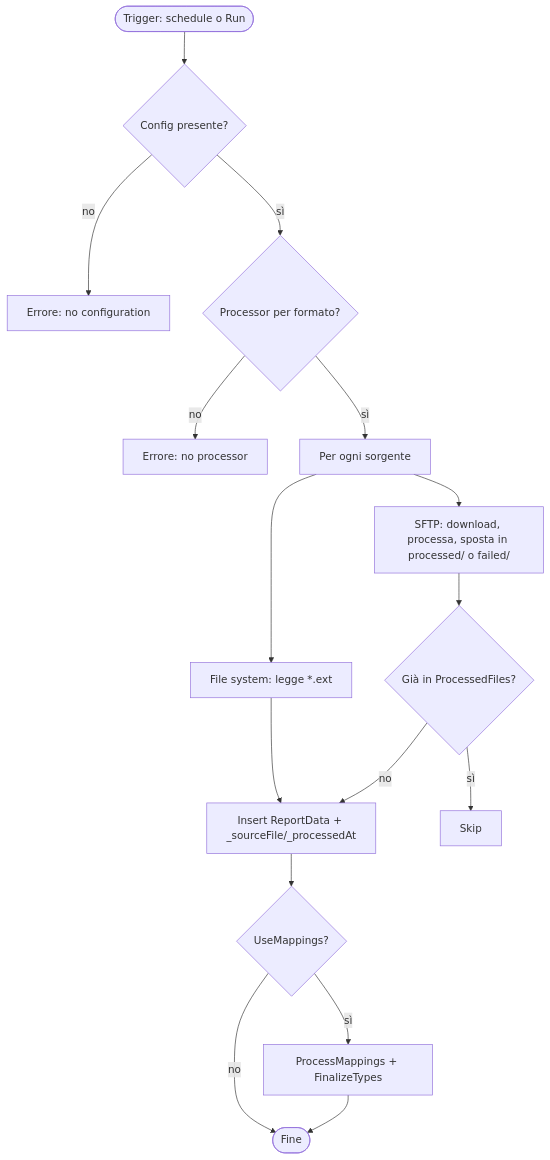
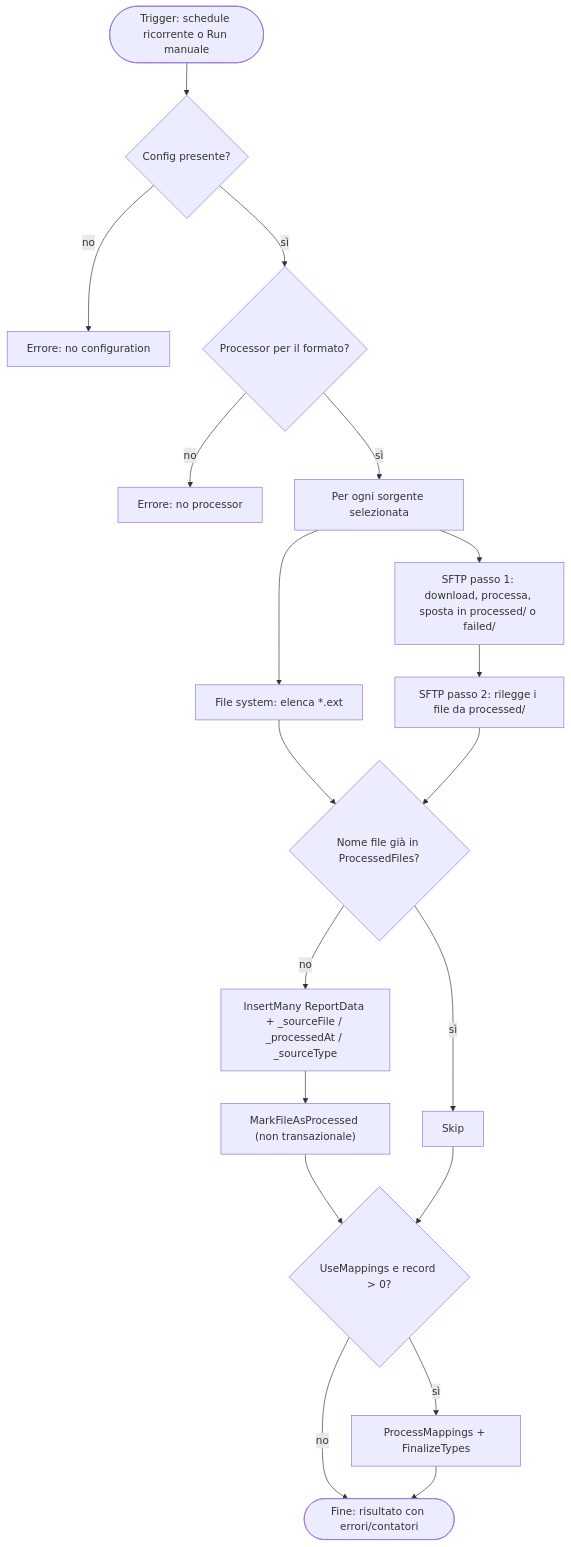
The third of 7 diagrams in customspa-it-loss-prevention-d098a8b97860/Docs/02_functional_overview.md (saristot/LOSS_PREVENTION), drawn with Mermaid before and after one commit. The commit also changed other lines of this file and 23 other files, not shown here.

````diff
--- a/customspa-it-loss-prevention-d098a8b97860/Docs/02_functional_overview.md
+++ b/customspa-it-loss-prevention-d098a8b97860/Docs/02_functional_overview.md
@@ -170,18 +266,21 @@
 ```mermaid
 flowchart TD
-  S([Trigger: schedule o Run]) --> C{Config presente?}
-  C -- no --> E1[Errore: no configuration]
-  C -- sì --> P{Processor per formato?}
-  P -- no --> E2[Errore: no processor]
-  P -- sì --> L[Per ogni sorgente]
-  L --> FS[File system: legge *.ext]
-  L --> SF[SFTP: download, processa, sposta in processed/ o failed/]
-  FS --> INS[Insert ReportData + _sourceFile/_processedAt]
-  SF --> CHK{Già in ProcessedFiles?}
-  CHK -- sì --> SKIP[Skip]
-  CHK -- no --> INS
-  INS --> M{UseMappings?}
-  M -- sì --> MAP[ProcessMappings + FinalizeTypes]
-  M -- no --> END([Fine])
+  S(["Trigger: schedule ricorrente o Run manuale"]) --> C{"Config presente?"}
+  C -- no --> E1["Errore: no configuration"]
+  C -- sì --> P{"Processor per il formato?"}
+  P -- no --> E2["Errore: no processor"]
+  P -- sì --> L["Per ogni sorgente selezionata"]
+  L --> FS["File system: elenca *.ext"]
+  L --> SF1["SFTP passo 1: download, processa, sposta in processed/ o failed/"]
+  SF1 --> SF2["SFTP passo 2: rilegge i file da processed/"]
+  FS --> CHK{"Nome file già in ProcessedFiles?"}
+  SF2 --> CHK
+  CHK -- sì --> SKIP["Skip"]
+  CHK -- no --> INS["InsertMany ReportData + _sourceFile / _processedAt / _sourceType"]
+  INS --> MARK["MarkFileAsProcessed (non transazionale)"]
+  MARK --> M{"UseMappings e record > 0?"}
+  SKIP --> M
+  M -- sì --> MAP["ProcessMappings + FinalizeTypes"]
+  M -- no --> END(["Fine: risultato con errori/contatori"])
   MAP --> END
 ```
````
